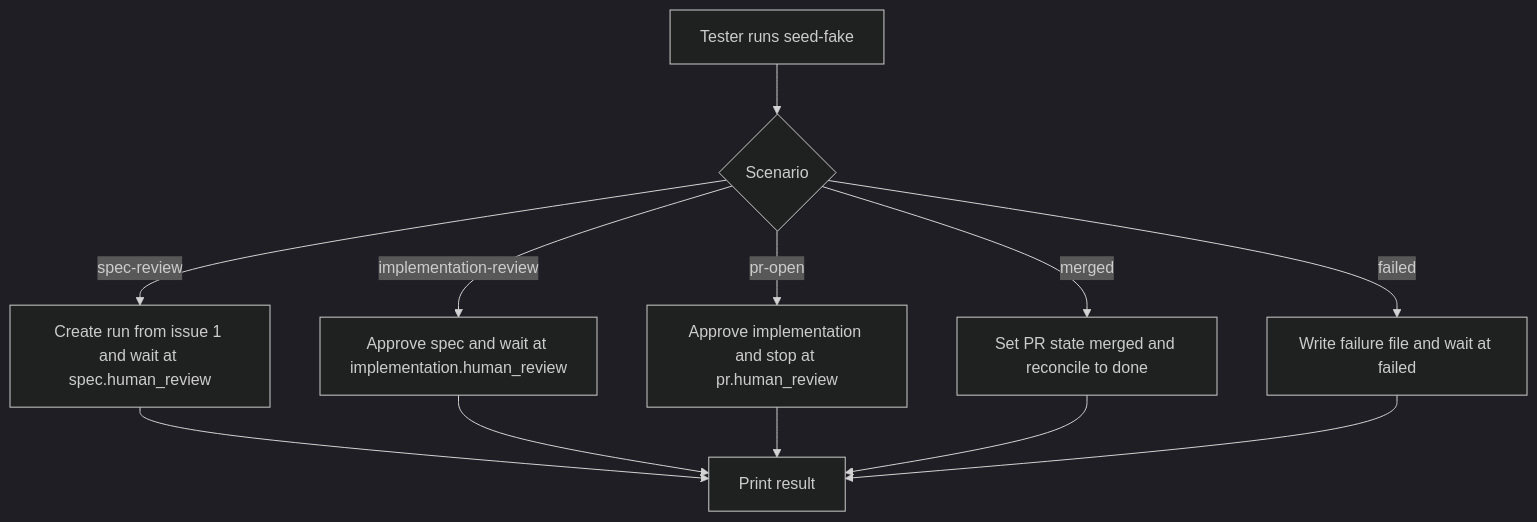
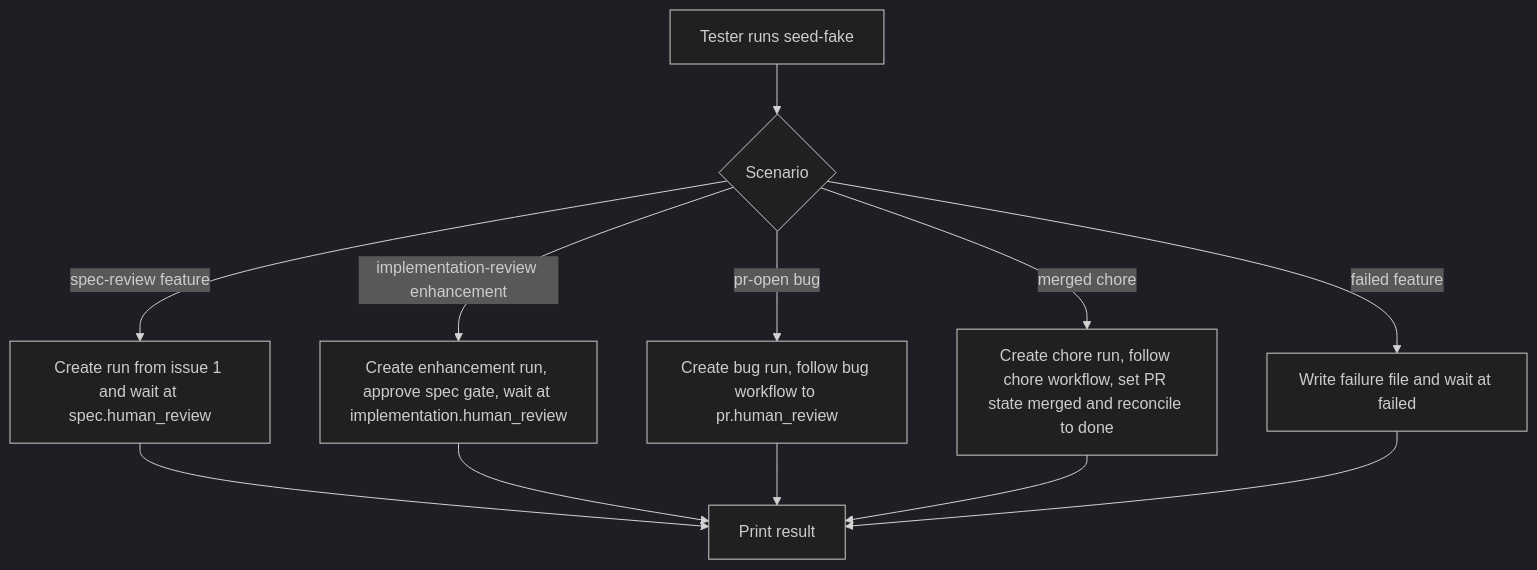
Before and after one commit to markdstafford/autocatalyst: the second of 2 diagrams in context-human/specs/feature-scripted-fake-mode-seed-command.md, drawn with Mermaid (dark theme). The commit also changed other lines of this file, not shown here.

Commit message:
docs: revise feature spec scripted-fake-mode-seed-command

````diff
--- a/context-human/specs/feature-scripted-fake-mode-seed-command.md
+++ b/context-human/specs/feature-scripted-fake-mode-seed-command.md
@@ -80,14 +87,14 @@
 ```mermaid
 graph TD
     A[Tester runs seed-fake] --> B{Scenario}
-    B -->|spec-review| C[Create run from issue 1 and wait at spec.human_review]
-    B -->|implementation-review| D[Approve spec and wait at implementation.human_review]
-    B -->|pr-open| E[Approve implementation and stop at pr.human_review]
-    B -->|merged| F[Set PR state merged and reconcile to done]
-    B -->|failed| G[Write failure file and wait at failed]
+    B -->|spec-review feature| C[Create run from issue 1 and wait at spec.human_review]
+    B -->|implementation-review enhancement| D[Create enhancement run, approve spec gate, wait at implementation.human_review]
+    B -->|pr-open bug| E[Create bug run, follow bug workflow to pr.human_review]
+    B -->|merged chore| F[Create chore run, follow chore workflow, set PR state merged and reconcile to done]
+    B -->|failed feature| G[Write failure file and wait at failed]
     C --> H[Print result]
     D --> H
     E --> H
     F --> H
     G --> H
 ```
````
